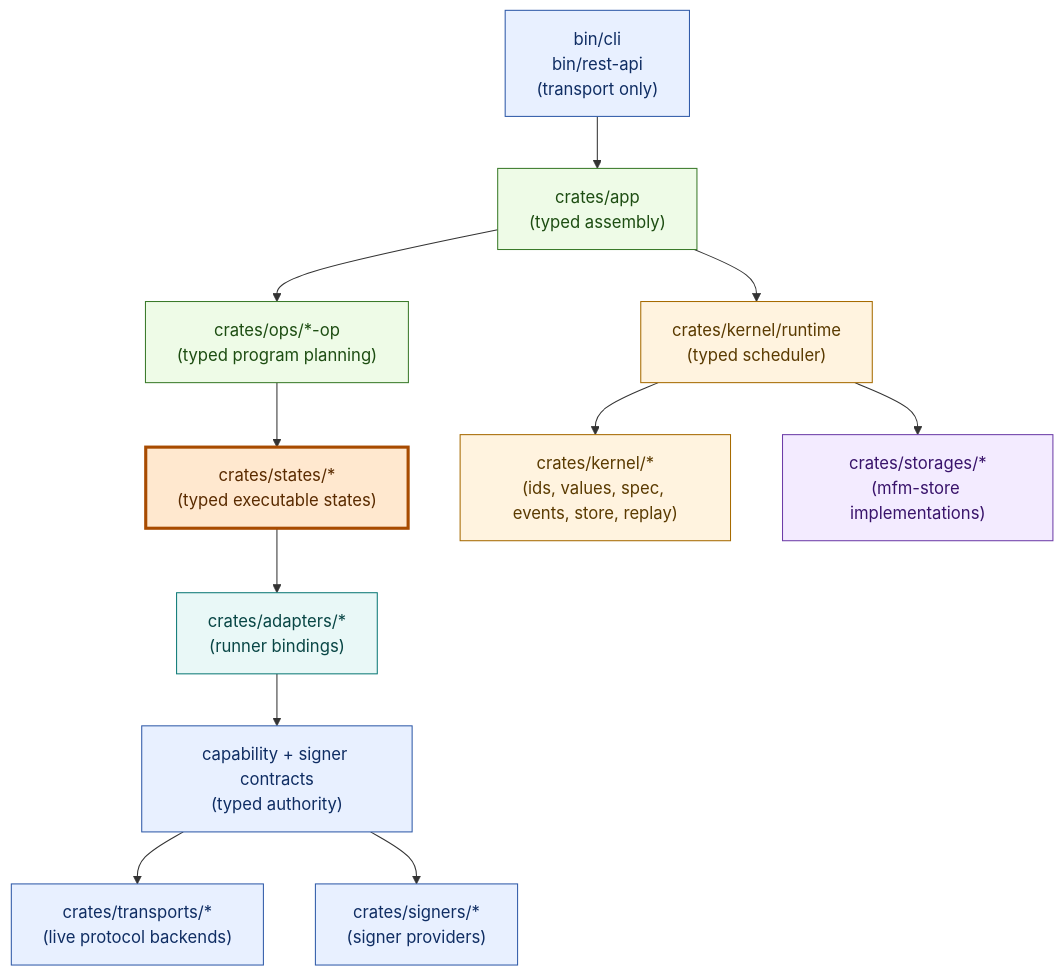
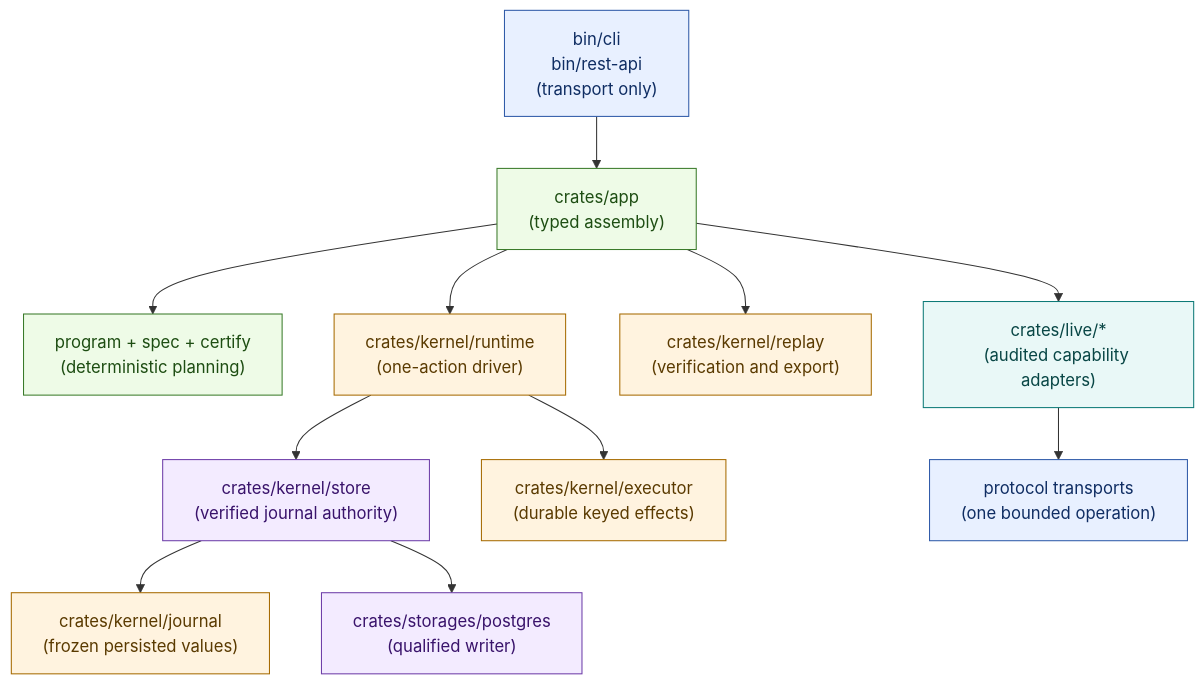
One commit to willyrgf/mfm changed the diagram in README.md. Above: the diagram before and after it, drawn with Mermaid. The commit also changed other lines of this file and 777 other files, not shown here.

````diff
--- a/README.md
+++ b/README.md
@@ -9,28 +10,27 @@
 ```mermaid
 flowchart TD
     B["bin/cli<br/>bin/rest-api<br/>(transport only)"] --> A["crates/app<br/>(typed assembly)"]
-    A --> O["crates/ops/*-op<br/>(typed program planning)"]
-    O --> SH["crates/states/*<br/>(typed executable states)"]
-    SH --> AD["crates/adapters/*<br/>(runner bindings)"]
-    AD --> CAP["capability + signer contracts<br/>(typed authority)"]
-    CAP --> TP["crates/transports/*<br/>(live protocol backends)"]
-    CAP --> SG["crates/signers/*<br/>(signer providers)"]
-    A --> R["crates/kernel/runtime<br/>(typed scheduler)"]
-    R --> K["crates/kernel/*<br/>(ids, values, spec, events, store, replay)"]
-    R --> ST["crates/storages/*<br/>(mfm-store implementations)"]
+    A --> P["program + spec + certify<br/>(deterministic planning)"]
+    A --> R["crates/kernel/runtime<br/>(one-action driver)"]
+    R --> S["crates/kernel/store<br/>(verified journal authority)"]
+    S --> J["crates/kernel/journal<br/>(frozen persisted values)"]
+    A --> RP["crates/kernel/replay<br/>(verification and export)"]
+    A --> AD["crates/live/*<br/>(audited capability adapters)"]
+    AD --> TP["protocol transports<br/>(one bounded operation)"]
+    S --> ST["crates/storages/postgres<br/>(qualified writer)"]
+    R --> EX["crates/kernel/executor<br/>(durable keyed effects)"]
 
     classDef transport fill:#e8f0ff,stroke:#2f5aa8,color:#0f2d63,stroke-width:1px;
     classDef orchestration fill:#eefbe7,stroke:#3a7a2a,color:#1d4d12,stroke-width:1px;
     classDef statecore fill:#ffe8cf,stroke:#a84b00,color:#5a2b00,stroke-width:3px;
     classDef engine fill:#fff3df,stroke:#a66a00,color:#5a3a00,stroke-width:1px;
     classDef storage fill:#f3ebff,stroke:#6d3da8,color:#39136b,stroke-width:1px;
     classDef adapter fill:#e9f8f7,stroke:#0d7a77,color:#084645,stroke-width:1px;
 
     class B transport;
-    class A,O orchestration;
-    class SH statecore;
-    class R,K engine;
-    class ST storage;
+    class A,P orchestration;
+    class R,J,RP,EX engine;
+    class S,ST storage;
     class AD adapter;
-    class CAP,TP,SG transport;
+    class TP transport;
 ```
````
